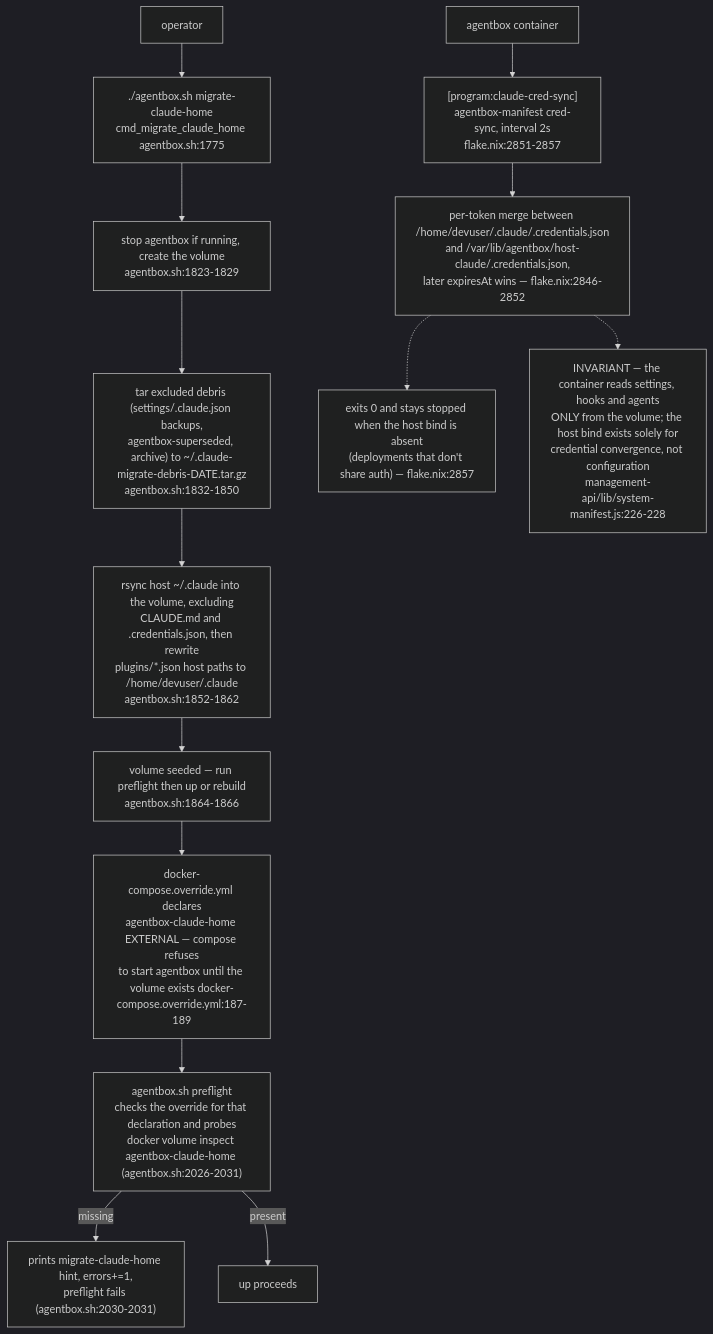
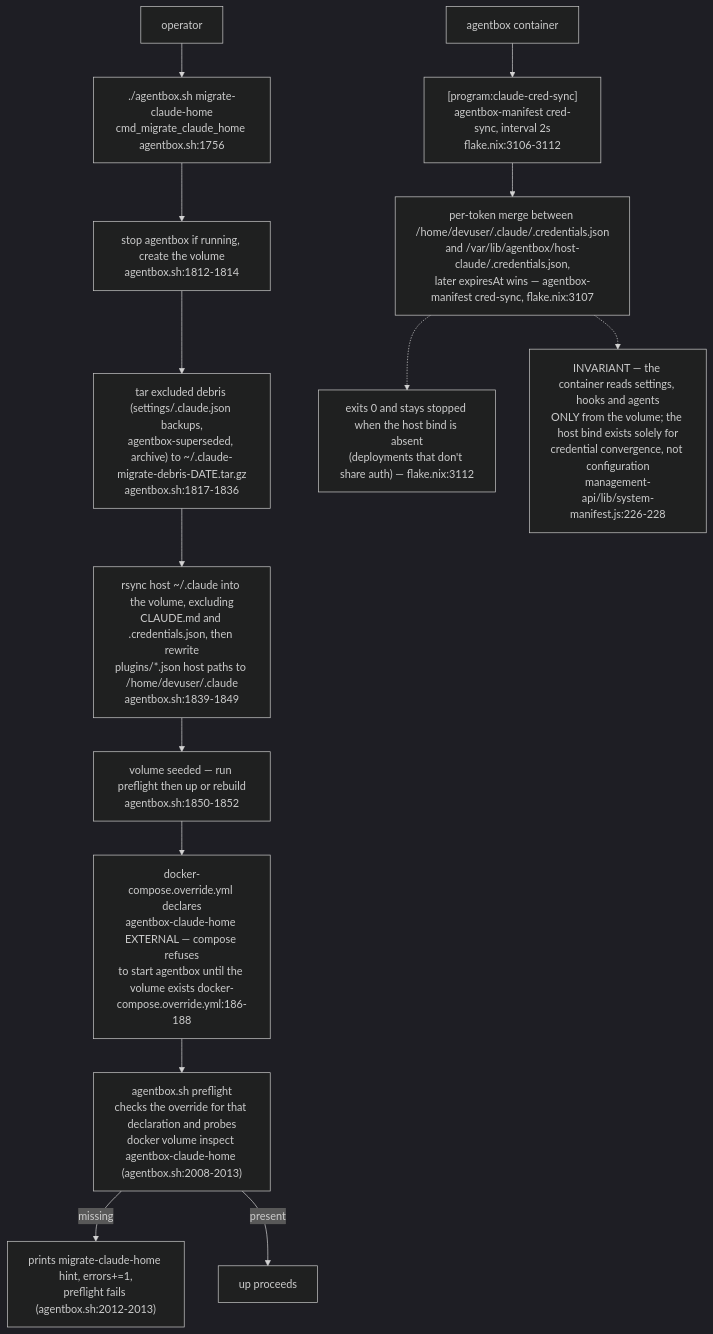
Diagram 11 of 13 in docs/diagrams/agentbox/06-sidecars-and-compose-overlays.md (DreamLab-AI/VisionFlow), drawn with Mermaid (dark theme) before and after one commit. The commit also changed other lines of this file and 111 other files, not shown here.

Commit message:
docs(diagrams): align estate maps with current source

````diff
--- a/docs/diagrams/agentbox/06-sidecars-and-compose-overlays.md
+++ b/docs/diagrams/agentbox/06-sidecars-and-compose-overlays.md
@@ -319,16 +319,16 @@
 ```mermaid
 flowchart TB
-    DEC["docker-compose.override.yml declares<br/>agentbox-claude-home EXTERNAL — compose refuses<br/>to start agentbox until the volume exists docker-compose.override.yml:187-189"] --> PRE["agentbox.sh preflight<br/>checks the override for that declaration and probes<br/>docker volume inspect agentbox-claude-home (agentbox.sh:2026-2031)"]
-    PRE -->|"missing"| ERR["prints migrate-claude-home hint, errors+=1,<br/>preflight fails (agentbox.sh:2030-2031)"]
+    DEC["docker-compose.override.yml declares<br/>agentbox-claude-home EXTERNAL — compose refuses<br/>to start agentbox until the volume exists docker-compose.override.yml:186-188"] --> PRE["agentbox.sh preflight<br/>checks the override for that declaration and probes<br/>docker volume inspect agentbox-claude-home (agentbox.sh:2008-2013)"]
+    PRE -->|"missing"| ERR["prints migrate-claude-home hint, errors+=1,<br/>preflight fails (agentbox.sh:2012-2013)"]
     PRE -->|"present"| OK["up proceeds"]
-    OP["operator"] --> MIG["./agentbox.sh migrate-claude-home<br/>cmd_migrate_claude_home agentbox.sh:1775"]
-    MIG --> STOP["stop agentbox if running, create the volume<br/>agentbox.sh:1823-1829"]
-    STOP --> DEBRIS["tar excluded debris (settings/.claude.json backups,<br/>agentbox-superseded, archive) to ~/.claude-migrate-debris-DATE.tar.gz<br/>agentbox.sh:1832-1850"]
-    DEBRIS --> RSYNC["rsync host ~/.claude into the volume, excluding<br/>CLAUDE.md and .credentials.json, then rewrite<br/>plugins/*.json host paths to /home/devuser/.claude<br/>agentbox.sh:1852-1862"]
-    RSYNC --> DONE["volume seeded — run preflight then up or rebuild<br/>agentbox.sh:1864-1866"]
+    OP["operator"] --> MIG["./agentbox.sh migrate-claude-home<br/>cmd_migrate_claude_home agentbox.sh:1756"]
+    MIG --> STOP["stop agentbox if running, create the volume<br/>agentbox.sh:1812-1814"]
+    STOP --> DEBRIS["tar excluded debris (settings/.claude.json backups,<br/>agentbox-superseded, archive) to ~/.claude-migrate-debris-DATE.tar.gz<br/>agentbox.sh:1817-1836"]
+    DEBRIS --> RSYNC["rsync host ~/.claude into the volume, excluding<br/>CLAUDE.md and .credentials.json, then rewrite<br/>plugins/*.json host paths to /home/devuser/.claude<br/>agentbox.sh:1839-1849"]
+    RSYNC --> DONE["volume seeded — run preflight then up or rebuild<br/>agentbox.sh:1850-1852"]
     DONE --> DEC
-    AB2["agentbox container"] --> SYNC["[program:claude-cred-sync]<br/>agentbox-manifest cred-sync, interval 2s<br/>flake.nix:2851-2857"]
-    SYNC --> MERGE["per-token merge between /home/devuser/.claude/.credentials.json<br/>and /var/lib/agentbox/host-claude/.credentials.json,<br/>later expiresAt wins — flake.nix:2846-2852"]
-    MERGE -.-> ABSENT["exits 0 and stays stopped when the host bind is absent<br/>(deployments that don't share auth) — flake.nix:2857"]
+    AB2["agentbox container"] --> SYNC["[program:claude-cred-sync]<br/>agentbox-manifest cred-sync, interval 2s<br/>flake.nix:3106-3112"]
+    SYNC --> MERGE["per-token merge between /home/devuser/.claude/.credentials.json<br/>and /var/lib/agentbox/host-claude/.credentials.json,<br/>later expiresAt wins — agentbox-manifest cred-sync, flake.nix:3107"]
+    MERGE -.-> ABSENT["exits 0 and stays stopped when the host bind is absent<br/>(deployments that don't share auth) — flake.nix:3112"]
     MERGE -.-> INV["INVARIANT — the container reads settings, hooks and agents<br/>ONLY from the volume; the host bind exists solely for<br/>credential convergence, not configuration<br/>management-api/lib/system-manifest.js:226-228"]
 ```
````
